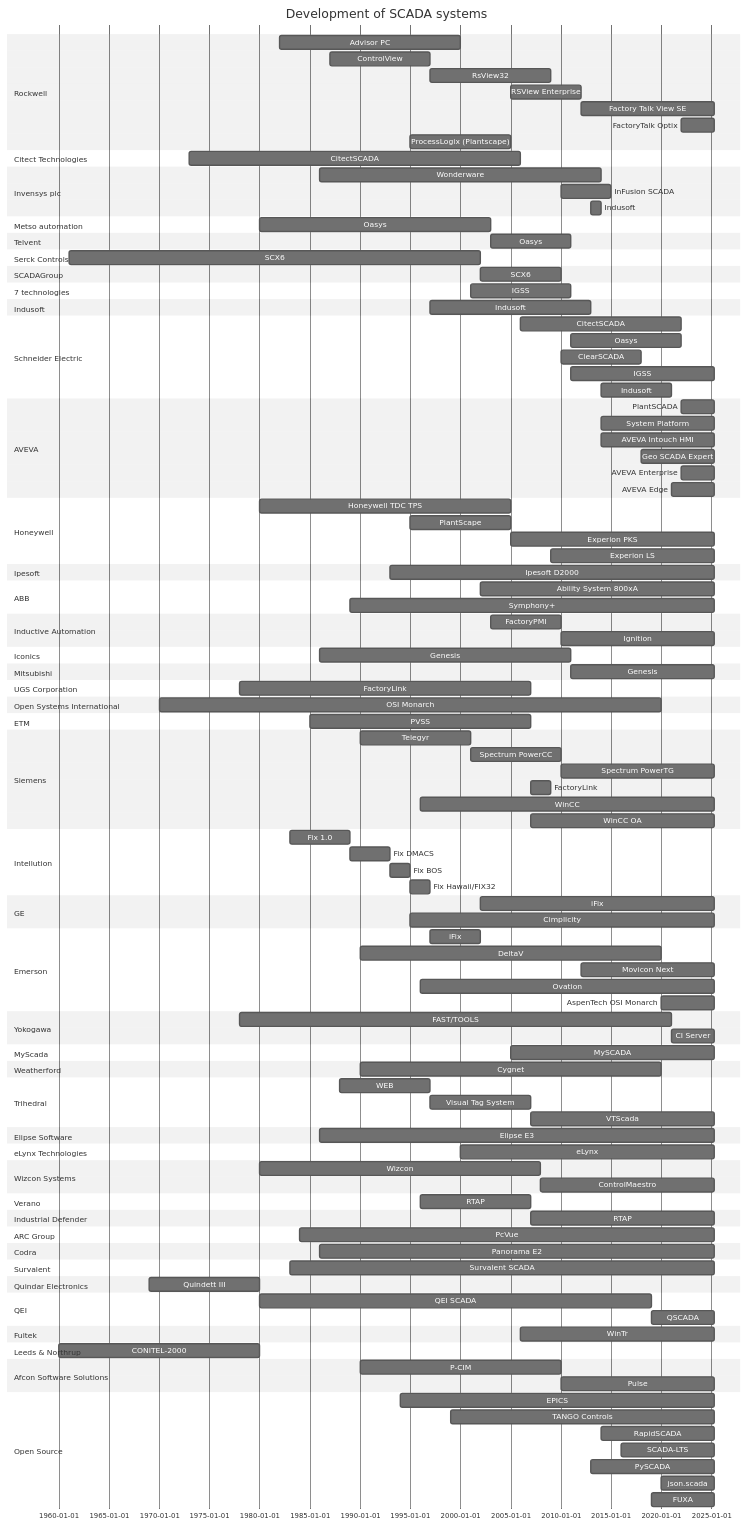
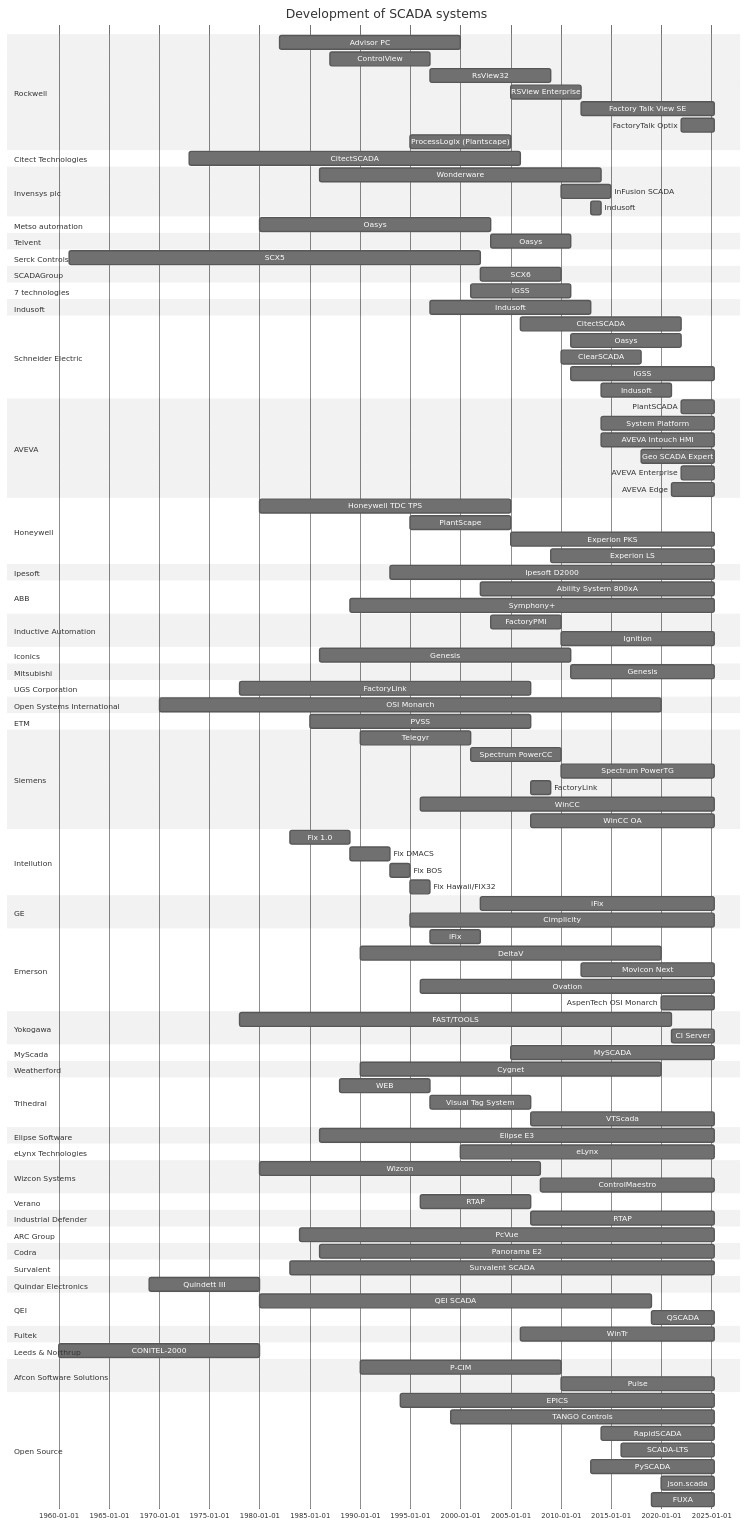
Before and after one commit to hutcheb/scada-timeline: the diagram in README.md, drawn with Mermaid (neutral theme).

Commit message:
fix: SCX5 Serck Controls

```diff
--- a/README.md
+++ b/README.md
@@ -34,7 +34,7 @@
         Oasys :oasys_telvent, after oasys, 2011
     section Serck Controls
         %(https://www.se.com/uk/en/about-us/company-profile/brands/serck-controls.jsp)
-        SCX6 : scx6_serck, 1961, 2002
+        SCX5 : scx6_serck, 1961, 2002
     section SCADAGroup
         %(https://www.se.com/uk/en/about-us/company-profile/brands/serck-controls.jsp)
         SCX6 : scx6, after scx6_serck, 2010
```
